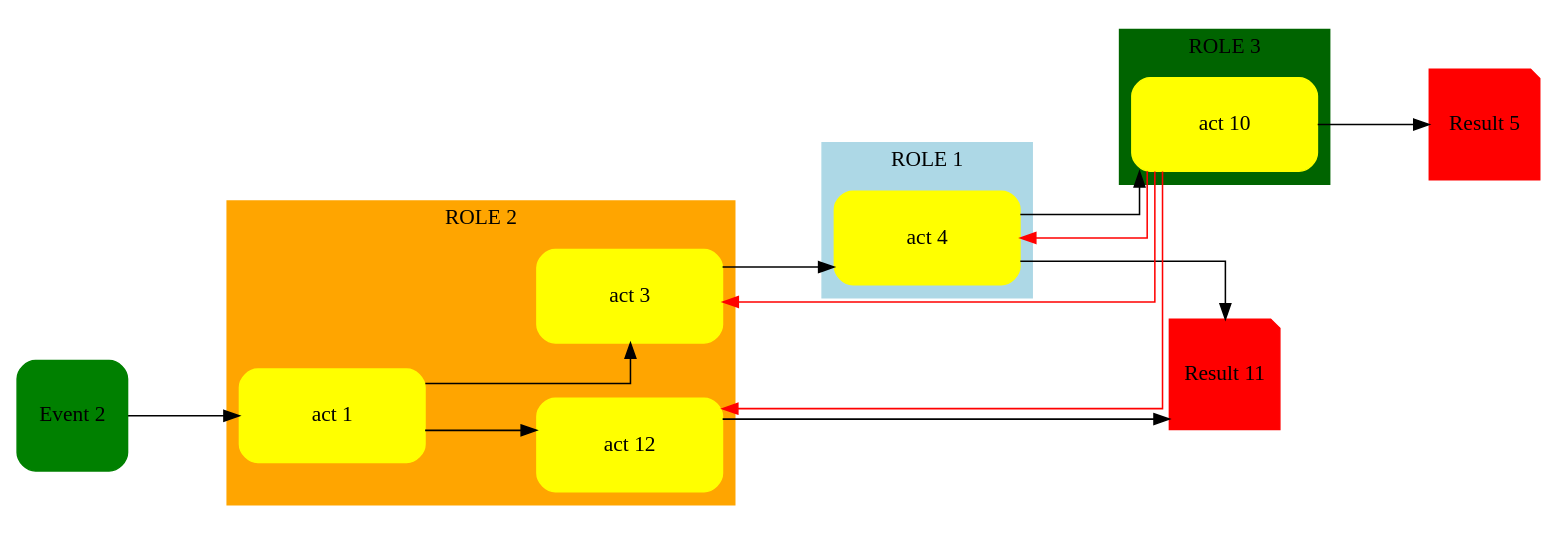
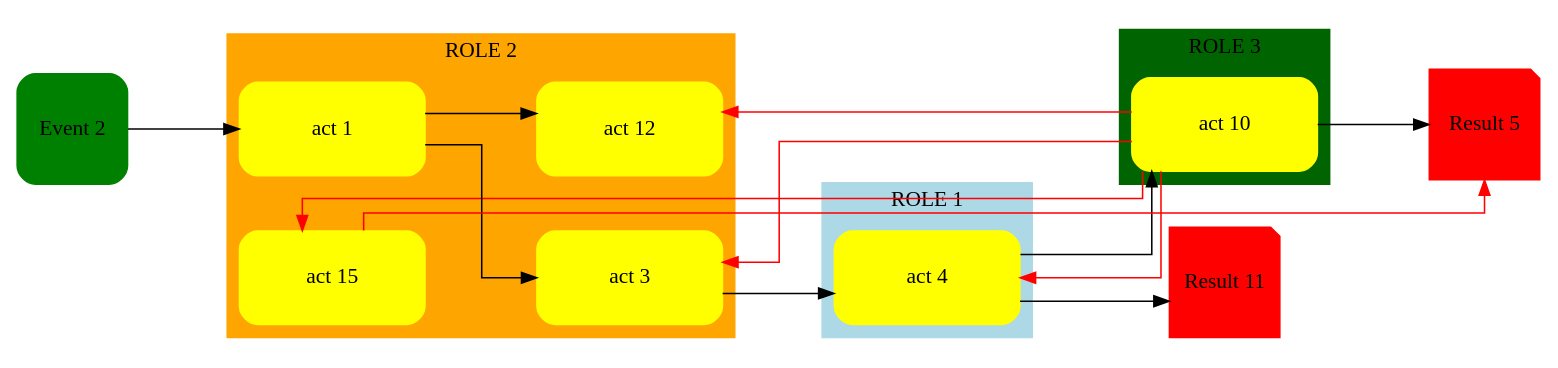
The diagram in input/input_boucle_constraints.dot (ggojard/swimy), drawn with Graphviz before and after one commit. The commit also changed 43 other files, not shown here.

```diff
--- a/input/input_boucle_constraints.dot
+++ b/input/input_boucle_constraints.dot
@@ -1,45 +1,52 @@
 digraph diagram24 {
 
  /*
  dot input.dot | gvpr -c -fswimy.g | neato -n2 -Tpng > output.png
  dot input.dot | gvpr -c -fswimy.g | neato -n2 > output.dot
  */
 
 rankdir=LR;overlap=scalexy;splines=ortho;sep=1;nodesep=0.5;
 /*rankdir=TB;overlap=scalexy;splines=ortho;sep=1;nodesep=1;*/
 
 node[fontsize=14.0]
 
 subgraph cluster_8 { label="ROLE 1";style=filled;color=lightblue;4}
-subgraph cluster_7 { label="ROLE 2";style=filled;color=orange;1;3;12}
-/*subgraph cluster_10 { label="ROLE 4";style=filled;color=pink;14}*/
 subgraph cluster_9 { label="ROLE 3";style=filled;color=darkgreen;10}
 
+subgraph cluster_7 { label="ROLE 2";style=filled;color=orange;1;3;12;15}
+/*subgraph cluster_10 { label="ROLE 4";style=filled;color=pink;14}*/
 
 "4"  [label="act 4"; shape=box,style="rounded,filled",color=yellow,fixedsize=true,width=1.6806,height=0.84722]
 "1"  [label="act 1"; shape=box,style="rounded,filled",color=yellow,fixedsize=true,width=1.6806,height=0.84722]
 "3"  [label="act 3"; shape=box,style="rounded,filled",color=yellow,fixedsize=true,width=1.6806,height=0.84722]
 "10" [label="act 10"; shape=box,style="rounded,filled",color=yellow,fixedsize=true,width=1.6806,height=0.84722]
 "12" [label="act 12"; shape=box,style="rounded,filled",color=yellow,fixedsize=true,width=1.6806,height=0.84722]
+"15" [label="act 15"; shape=box,style="rounded,filled",color=yellow,fixedsize=true,width=1.6806,height=0.84722]
+
 "5"  [label="Result 5"; shape=note,fixedsize=true,width=1.0,height=1.0,style="rounded,filled",color=red]
 "2"  [label="Event 2"; shape=rect,fixedsize=true,width=1.0,height=1.0,style="rounded,filled",color=green]
 "11" [label="Result 11"; shape=note,fixedsize=true,width=1.0,height=1.0,style="rounded,filled",color=red]
 /*"14" [label="act 14"; shape=box,style="rounded,filled",color=yellow,fixedsize=true,width=1.6806,height=0.84722]*/
 
 /* CONSTRAINT FALSE*/
 "10" -> "3" [minlen=1.0,constraint=false,style="filled",color=red];
 "10" -> "4" [minlen=1.0,constraint=false,style="filled",color=red];
 "10" -> "12" [minlen=1.0,constraint=false,style="filled",color=red];
+"10" -> "15" [minlen=1.0,constraint=false,style="filled",color=red];
+"15" -> "5" [minlen=1.0,constraint=false,style="filled",color=red];
 
 /* DEFAULT */
 "1" -> "3"  [minlen=2.0];
 "4" -> "10" [minlen=2.0];
 "3" -> "4"  [minlen=2.0];
-"10" -> "5" [minlen=2.0];
+
 "2" -> "1"  [minlen=2.0];
 "4" -> "11" [minlen=2.0];
+
 "1" -> "12" [minlen=2.0];
-"12" -> "11" [minlen=2.0];
+"10" -> "5" [minlen=2.0];
+
+/*"12" -> "11" [minlen=2.0];*/
 /*"12" -> "14" [minlen=2.0];*/
 
 }
```
